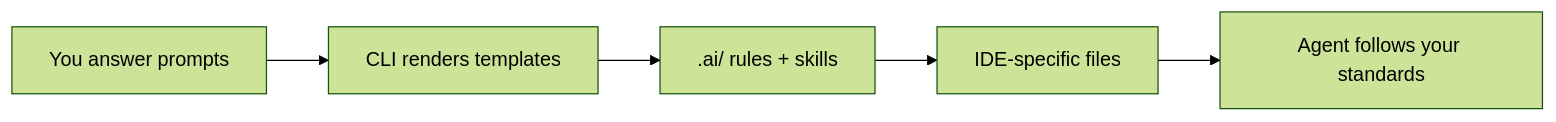
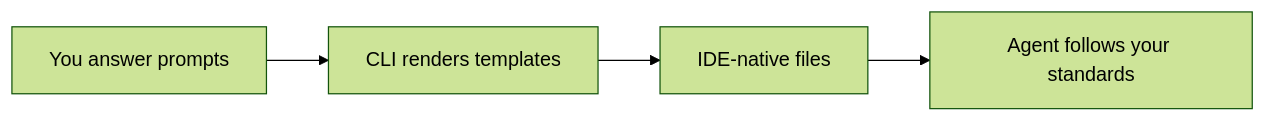
Before and after one commit to JeelVankhede/frontend-ai-starter-recipes: the diagram in website/index.md, drawn with Mermaid (forest theme). The commit also changed other lines of this file and 28 other files, not shown here.

````diff
--- a/website/index.md
+++ b/website/index.md
@@ -30,7 +30,6 @@
 ```mermaid
 flowchart LR
   A[You answer prompts] --> B[CLI renders templates]
-  B --> C[".ai/ rules + skills"]
-  C --> D[IDE-specific files]
-  D --> E[Agent follows your standards]
+  B --> C[IDE-native files]
+  C --> D[Agent follows your standards]
 ```
````
